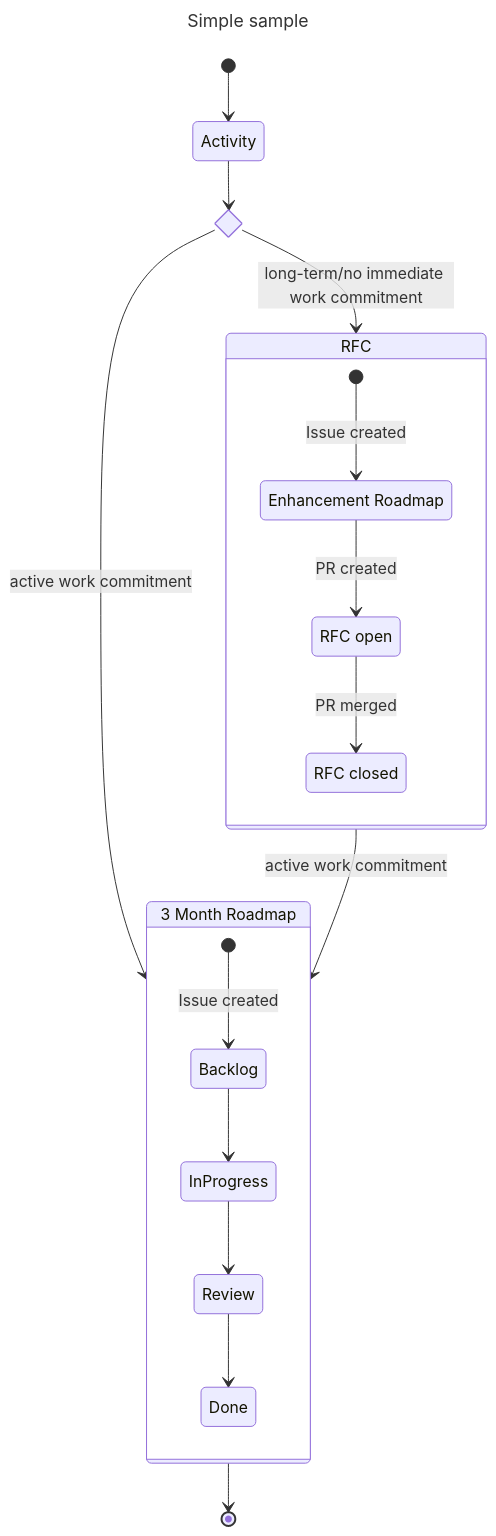
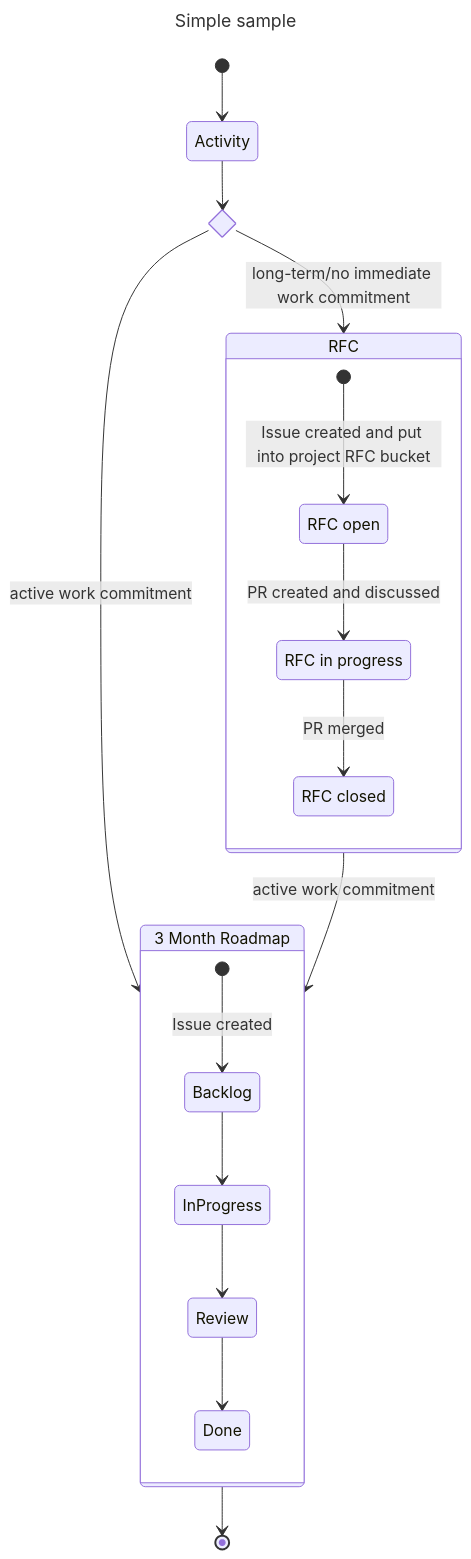
The diagram in README.md (christophrj/sig-extensibility-draft), drawn with Mermaid before and after one commit.

Commit message:
docs: project RFC bucket
On-behalf-of: @SAP christopher.junk@sap.com

````diff
--- a/README.md
+++ b/README.md
@@ -58,30 +58,30 @@
 ```mermaid
 ---
 title: Simple sample
 ---
 stateDiagram-v2
     state commitment <<choice>>
     [*] --> Activity
     Activity --> commitment
     commitment --> RFC: long-term/no immediate work commitment
     state RFC {
-        EP: Enhancement Roadmap
         Open: RFC open
+        Progress: RFC in progress
         Closed: RFC closed
-        [*] --> EP: Issue created
-        EP --> Open: PR created
-        Open --> Closed: PR merged
+        [*] --> Open: Issue created and put into project RFC bucket
+        Open --> Progress: PR created and discussed
+        Progress --> Closed: PR merged
     }
     commitment --> Roadmap: active work commitment
 
     RFC --> Roadmap: active work commitment
 
     Roadmap: 3 Month Roadmap
     Roadmap --> [*]
     state Roadmap{
         [*] --> Backlog: Issue created
         Backlog --> InProgress
         InProgress --> Review
         Review --> Done
     }
 ```
````
